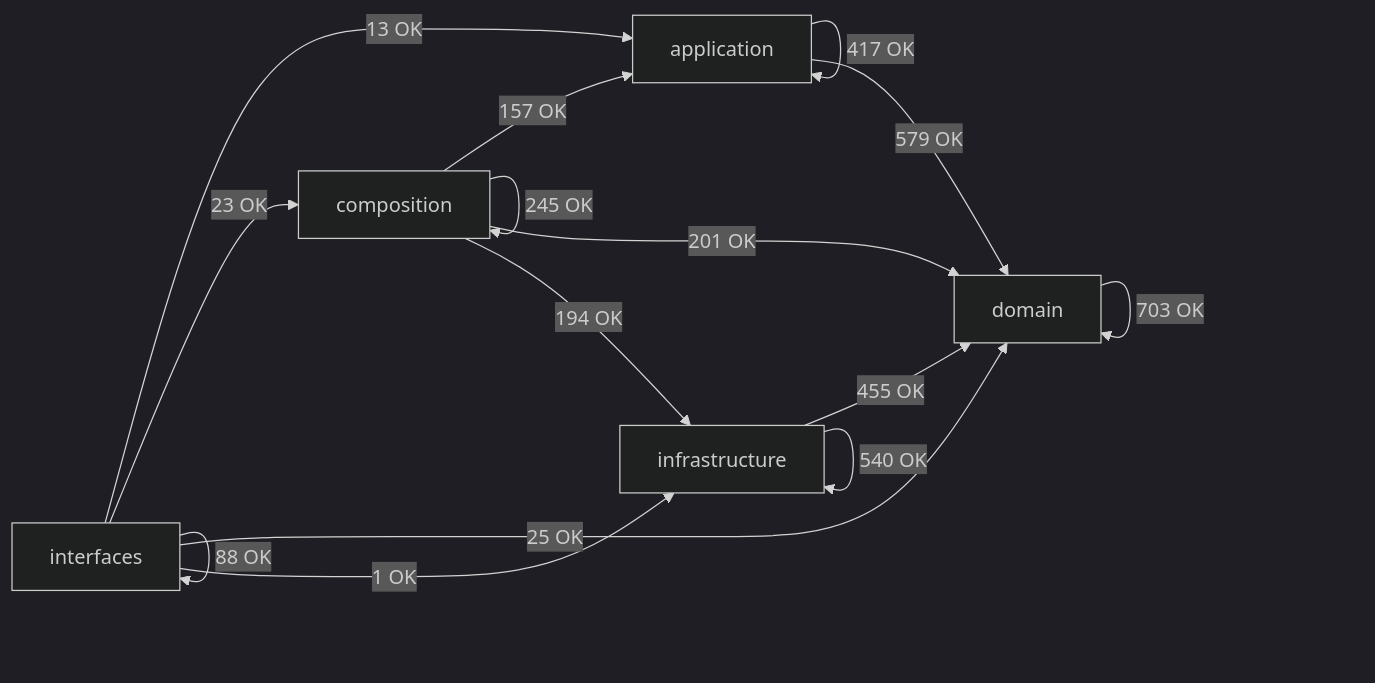
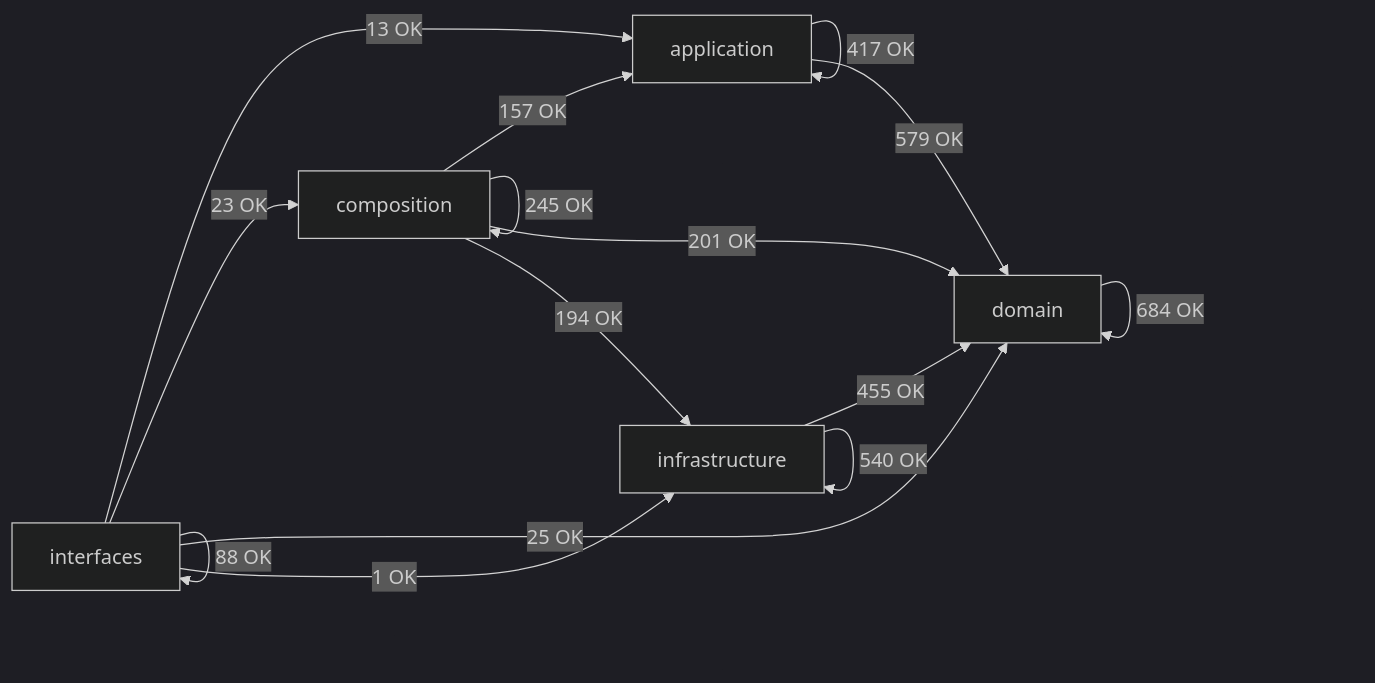
Before and after one commit to SatoryKono/BioactivityDataAcquisition: the diagram in docs/02-architecture/generated/module-dependency-map.md, drawn with Mermaid (dark theme). The commit also changed other lines of this file and 1 other file, not shown here.

First line of the commit message:
refactor(metrics): reduce size and complexity of architecture metric exemptions configuration

````diff
--- a/docs/02-architecture/generated/module-dependency-map.md
+++ b/docs/02-architecture/generated/module-dependency-map.md
@@ -16,22 +16,22 @@
 ```mermaid
 flowchart LR
     domain[domain]
     application[application]
     infrastructure[infrastructure]
     composition[composition]
     interfaces[interfaces]
     application -->|417 OK| application
     application -->|579 OK| domain
     composition -->|157 OK| application
     composition -->|245 OK| composition
     composition -->|201 OK| domain
     composition -->|194 OK| infrastructure
-    domain -->|703 OK| domain
+    domain -->|684 OK| domain
     infrastructure -->|455 OK| domain
     infrastructure -->|540 OK| infrastructure
     interfaces -->|13 OK| application
     interfaces -->|23 OK| composition
     interfaces -->|25 OK| domain
     interfaces -->|1 OK| infrastructure
     interfaces -->|88 OK| interfaces
 ```
````
